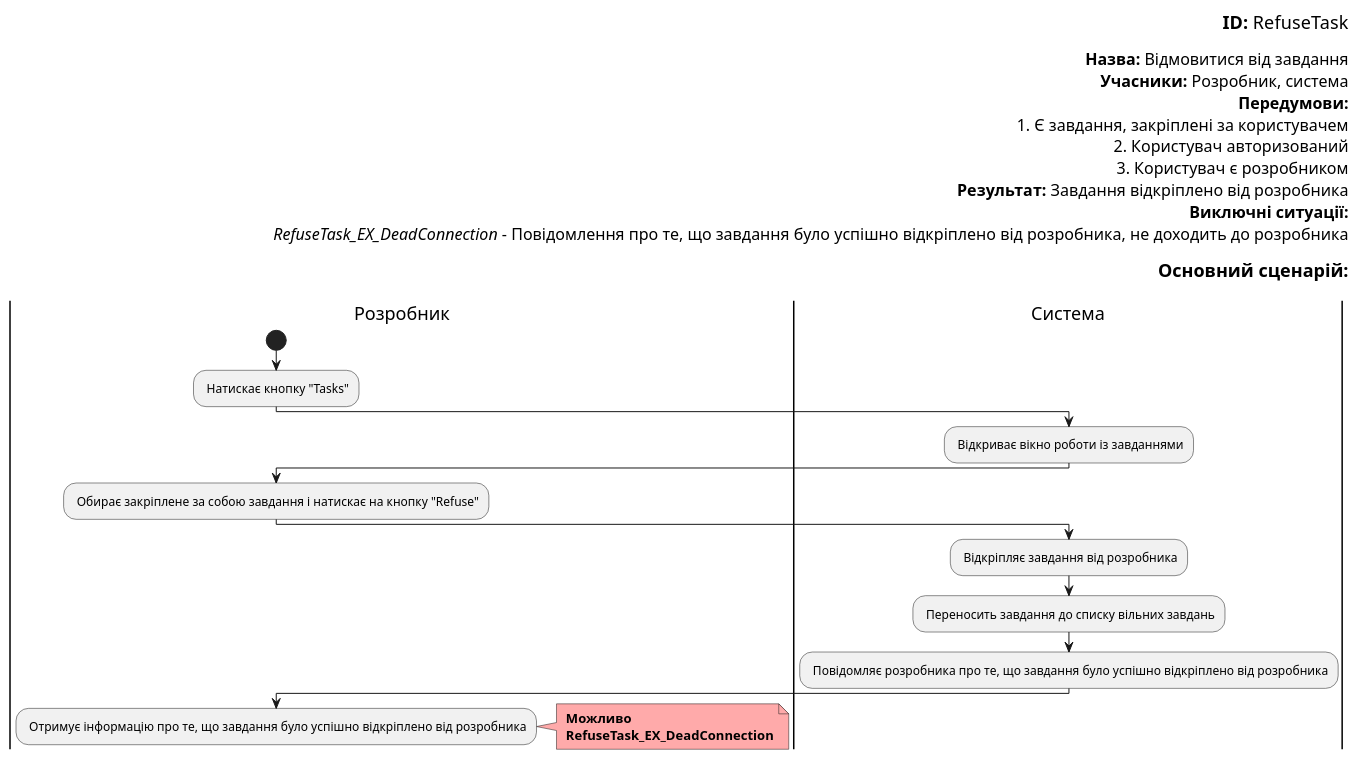
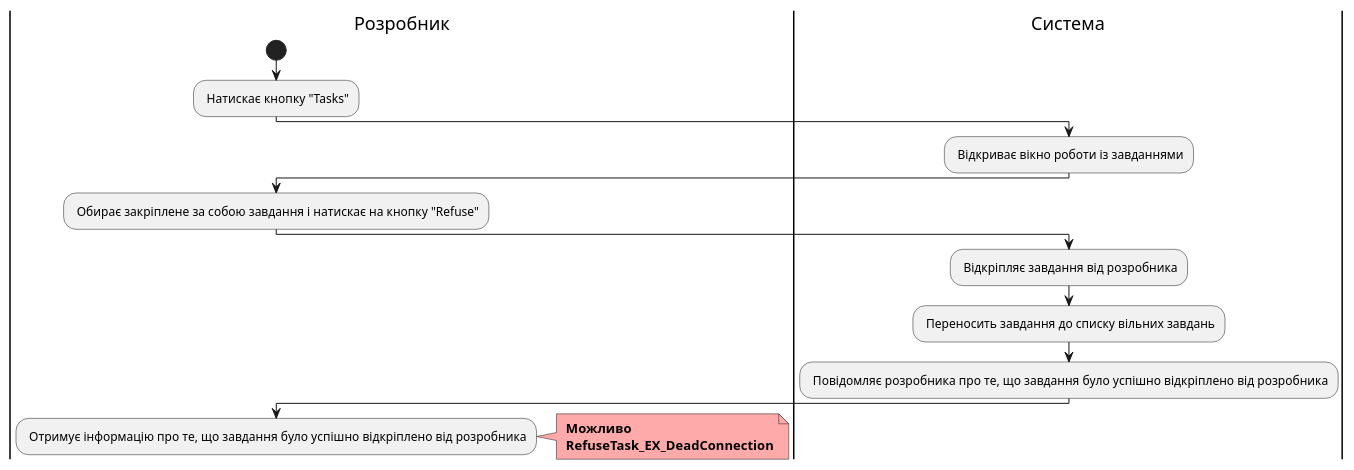
Diagram 16 of 19 in docs/use cases/README.md (boldak/edu-db-cw), drawn with PlantUML before and after one commit. The commit also changed other lines of this file, not shown here.

```diff
--- a/docs/use cases/README.md
+++ b/docs/use cases/README.md
@@ -1017,46 +1079,29 @@
 @startuml
-
-    right header
-        <font color=000 size=18><b>ID:</b> RefuseTask
-
-        <font color=000 size=16><b>Назва:</b> Відмовитися від завдання
-        <font color=000 size=16><b>Учасники:</b> Розробник, система
-        <font color=000 size=16><b>Передумови:</b>
-        <font color=000 size=16> 1. Є завдання, закріплені за користувачем
-        <font color=000 size=16> 2. Користувач авторизований
-        <font color=000 size=16>3. Користувач є розробником
-        <font color=000 size=16><b>Результат:</b> Завдання відкріплено від розробника
-        <font color=000 size=16><b>Виключні ситуації:</b>
-        <font color=000 size=16> <i>RefuseTask_EX_DeadConnection</i> - Повідомлення про те, що завдання було успішно відкріплено від розробника, не доходить до розробника
-
-        <font color=000 size=18><b>Основний сценарій:</b>
-
-    end header
 
     |Розробник|
         start
         : Натискає кнопку "Tasks";
 
     |Система|
         : Відкриває вікно роботи із завданнями;
 
     |Розробник|
         : Обирає закріплене за собою завдання і натискає на кнопку "Refuse";
 
     |Система|
         : Відкріпляє завдання від розробника;
 
     |Система|
         : Переносить завдання до списку вільних завдань;
 
     |Система|
         : Повідомляє розробника про те, що завдання було успішно відкріплено від розробника;
 
     |Розробник|
         : Отримує інформацію про те, що завдання було успішно відкріплено від розробника;
         note right #ffaaaa
         <b> Можливо
         <b> RefuseTask_EX_DeadConnection
         end note
 
 @enduml
```
